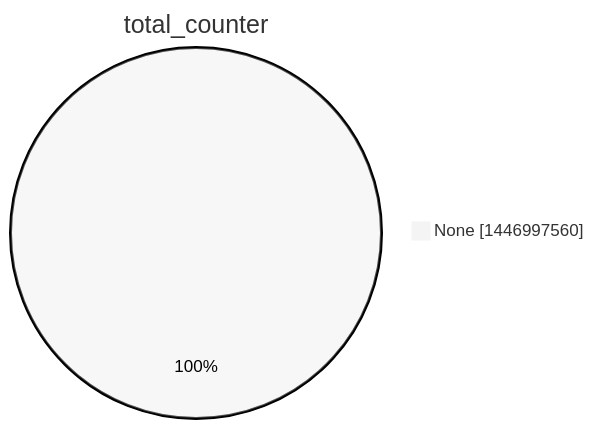
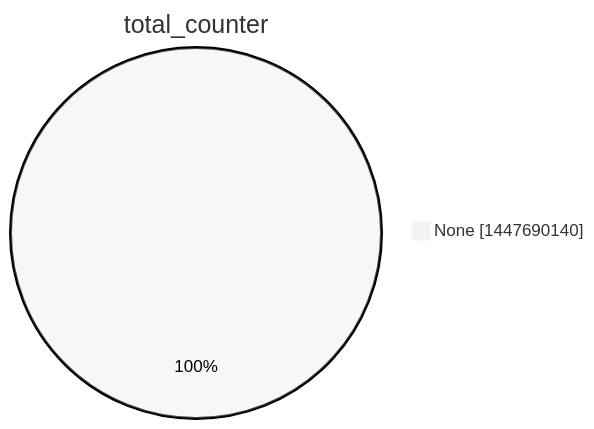
Before and after one commit to christiankrug/ctmonitor_visualization: the second of 15 diagrams in argon2022/README.md, drawn with Mermaid (neutral theme). The commit also changed other lines of this file, not shown here.

````diff
--- a/argon2022/README.md
+++ b/argon2022/README.md
@@ -9,5 +9,5 @@
 ```mermaid
 pie showData
 title total_counter
-"None" :1446997560
+"None" :1447690140
 ```
````
